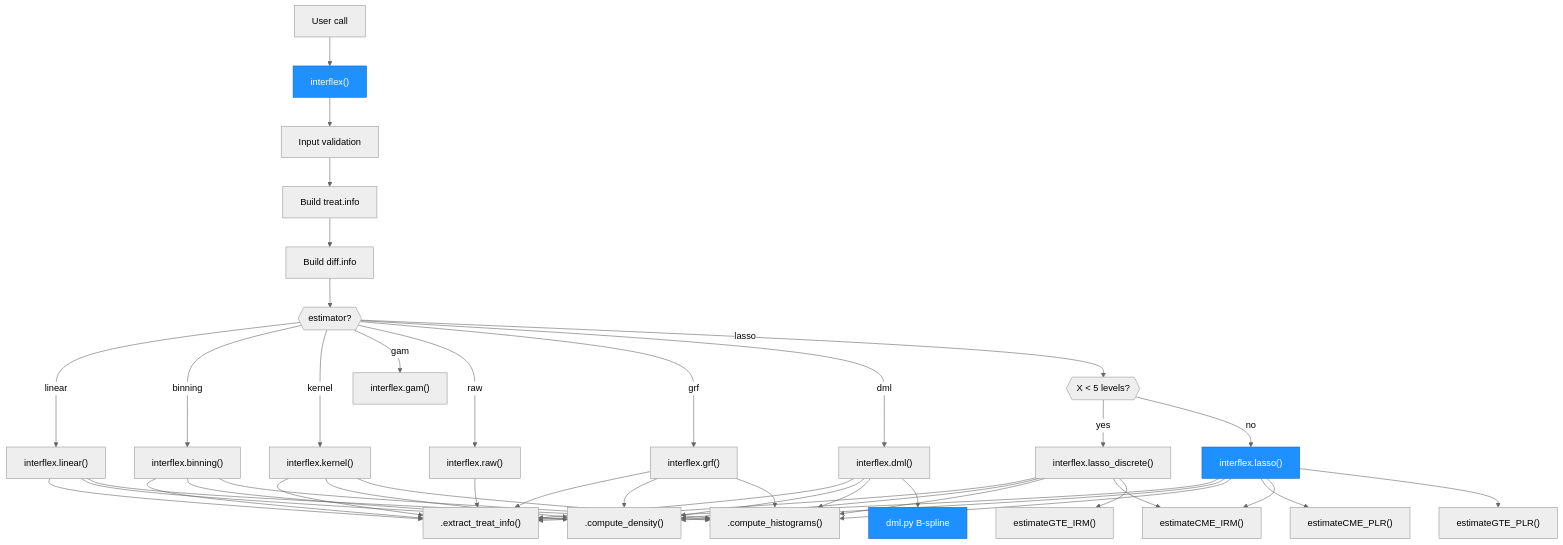
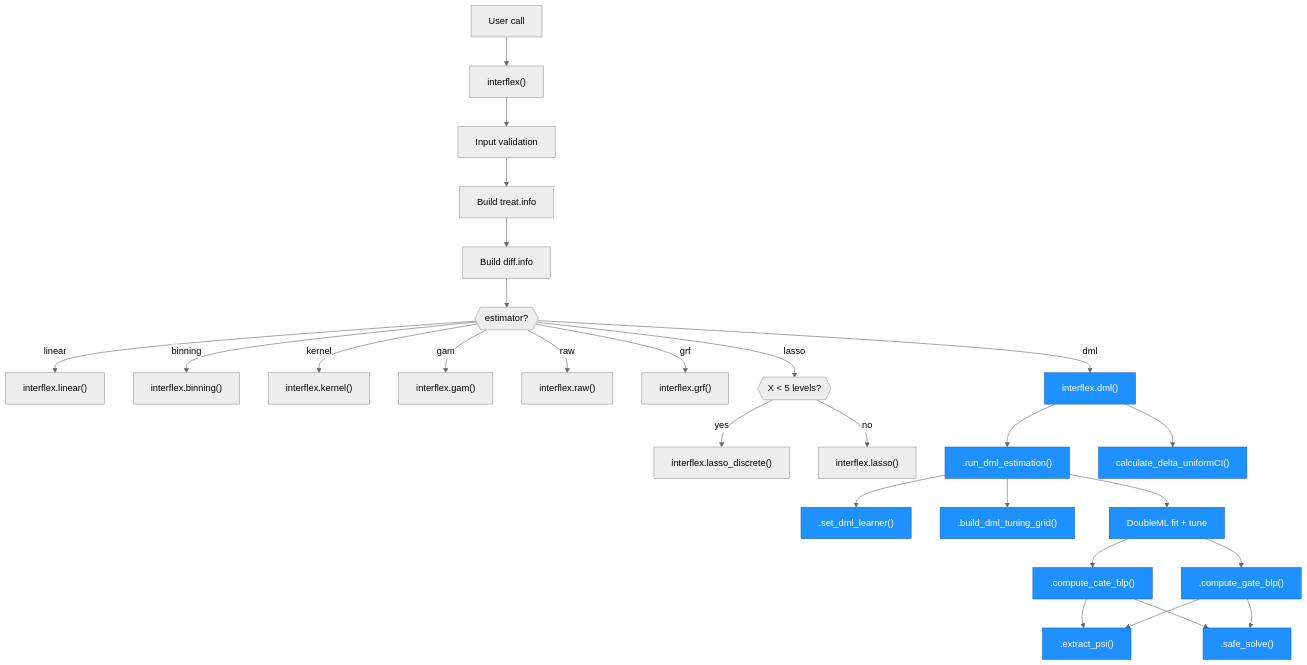
Before and after one commit to xuyiqing/interflex: the second of 4 diagrams in architecture.md, drawn with Mermaid. The commit also changed other lines of this file and 6 other files, not shown here.

First line of the commit message:
feat: migrate DML estimator from Python/reticulate to pure R DoubleML

````diff
--- a/architecture.md
+++ b/architecture.md
@@ -134,57 +160,43 @@
 ```mermaid
 %%{init: {'theme': 'neutral'}}%%
 graph TD
     USR["User call"] --> IFX["interflex()"]
     IFX --> VAL["Input validation"]
     VAL --> TI["Build treat.info"]
     TI --> DI["Build diff.info"]
     DI --> ROUTE{{"estimator?"}}
 
     ROUTE -- linear --> LIN["interflex.linear()"]
     ROUTE -- binning --> BIN["interflex.binning()"]
     ROUTE -- kernel --> KER["interflex.kernel()"]
     ROUTE -- gam --> GAM["interflex.gam()"]
     ROUTE -- raw --> RAW["interflex.raw()"]
     ROUTE -- grf --> GRF["interflex.grf()"]
     ROUTE -- dml --> DML["interflex.dml()"]
     ROUTE -- lasso --> LSPLIT{{"X < 5 levels?"}}
     LSPLIT -- yes --> LSD["interflex.lasso_discrete()"]
     LSPLIT -- no --> LAS["interflex.lasso()"]
 
-    LIN --> ETI[".extract_treat_info()"]
-    BIN --> ETI
-    KER --> ETI
-    GRF --> ETI
-    DML --> ETI
-    LAS --> ETI
-    LSD --> ETI
-    RAW --> ETI
+    DML --> RDE[".run_dml_estimation()"]
+    RDE --> SDL[".set_dml_learner()"]
+    RDE --> BTG[".build_dml_tuning_grid()"]
+    RDE --> DMLFIT["DoubleML fit + tune"]
+    DMLFIT --> CATE[".compute_cate_blp()"]
+    DMLFIT --> GATE[".compute_gate_blp()"]
+    CATE --> EPS[".extract_psi()"]
+    GATE --> EPS
+    CATE --> SSV[".safe_solve()"]
+    GATE --> SSV
+    DML --> UNI["calculate_delta_uniformCI()"]
 
-    LIN --> CD[".compute_density()"]
-    BIN --> CD
-    KER --> CD
-    GRF --> CD
-    DML --> CD
-    LAS --> CD
-    LSD --> CD
-
-    LIN --> CH[".compute_histograms()"]
-    BIN --> CH
-    KER --> CH
-    GRF --> CH
-    DML --> CH
-    LAS --> CH
-    LSD --> CH
-
-    LAS --> CME_P["estimateCME_PLR()"]
-    LAS --> CME_I["estimateCME_IRM()"]
-    LAS --> GTE_P["estimateGTE_PLR()"]
-    LSD --> CME_I
-    LSD --> GTE_I["estimateGTE_IRM()"]
-
-    DML --> DMLPY["dml.py B-spline"]
-
-    style IFX fill:#1e90ff,stroke:#1565c0,color:#fff
-    style LAS fill:#1e90ff,stroke:#1565c0,color:#fff
-    style DMLPY fill:#1e90ff,stroke:#1565c0,color:#fff
+    style DML fill:#1e90ff,stroke:#1565c0,color:#fff
+    style RDE fill:#1e90ff,stroke:#1565c0,color:#fff
+    style SDL fill:#1e90ff,stroke:#1565c0,color:#fff
+    style BTG fill:#1e90ff,stroke:#1565c0,color:#fff
+    style DMLFIT fill:#1e90ff,stroke:#1565c0,color:#fff
+    style CATE fill:#1e90ff,stroke:#1565c0,color:#fff
+    style GATE fill:#1e90ff,stroke:#1565c0,color:#fff
+    style EPS fill:#1e90ff,stroke:#1565c0,color:#fff
+    style SSV fill:#1e90ff,stroke:#1565c0,color:#fff
+    style UNI fill:#1e90ff,stroke:#1565c0,color:#fff
 ```
````
